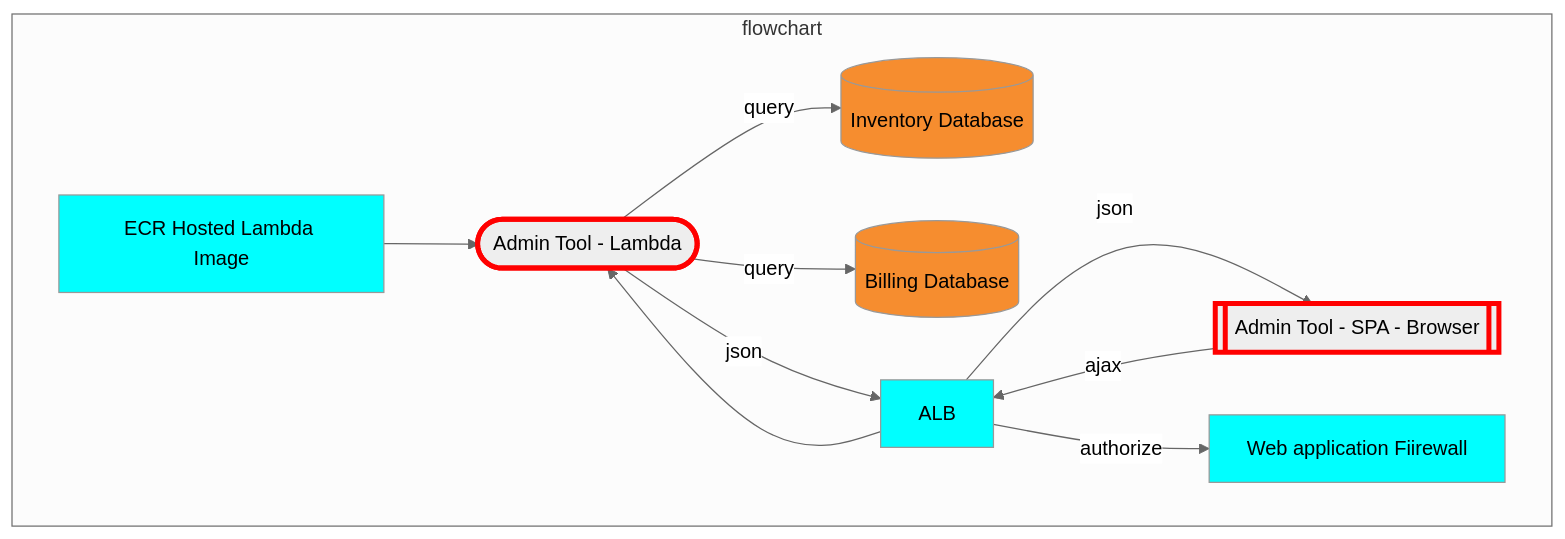
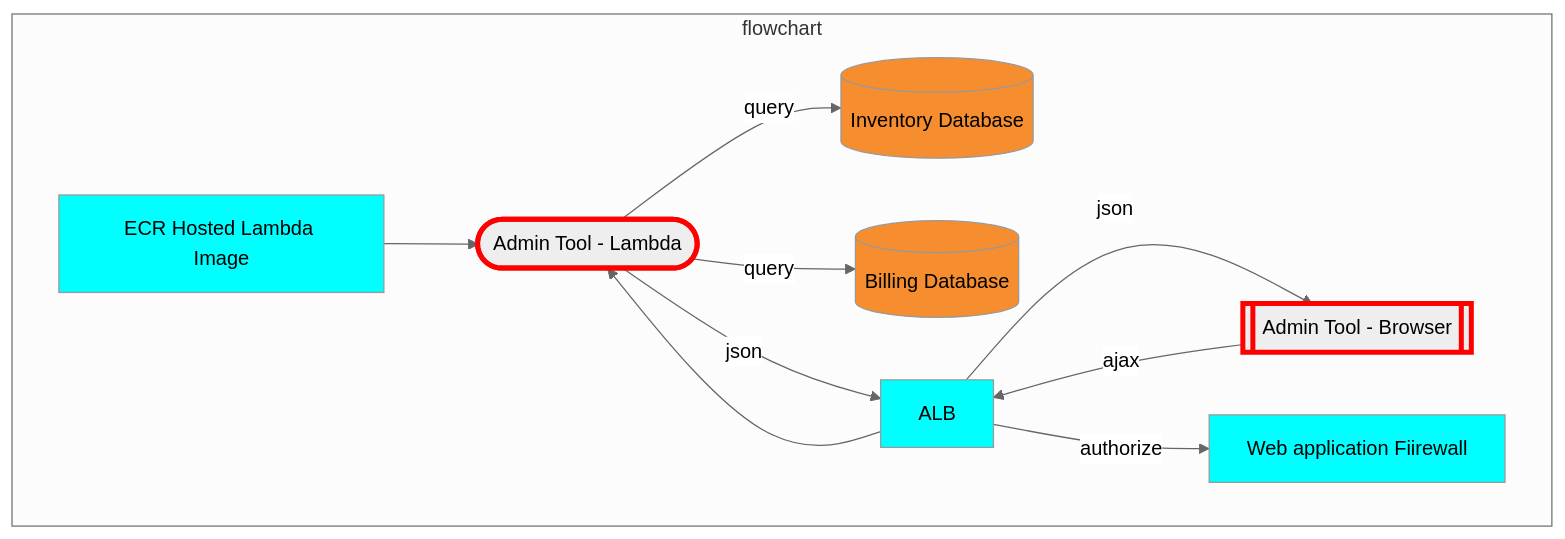
The diagram in diagrams/admin-lambda.mmd (CDLUC3/mrt-doc), drawn with Mermaid before and after one commit. The commit also changed 5 other files, not shown here.

Commit message:
admin tool refactor

```diff
--- a/diagrams/admin-lambda.mmd
+++ b/diagrams/admin-lambda.mmd
@@ -1,29 +1,29 @@
 %%{init: {'theme': 'neutral', 'securityLevel': 'loose'}}%%
 graph TD
   RDSINV[(Inventory Database)]
   RDSBILL[(Billing Database)]
   ADMIN([Admin Tool - Lambda])
   click ADMIN href "https://github.com/CDLUC3/mrt-admin-lambda" "source code"
-  ADMINWEB[[Admin Tool - SPA - Browser]]
+  ADMINWEB[[Admin Tool - Browser]]
   click ADMINWEB href "https://github.com/CDLUC3/mrt-admin-lambda" "source code"
   WAF[Web application Fiirewall]
   ECR[ECR Hosted Lambda Image]
 
   subgraph flowchart
     ADMIN --> |query| RDSBILL
     ADMIN --> |query| RDSINV
     ALB --> ADMIN
     ADMIN --> |json| ALB
     ADMINWEB --> |ajax| ALB
     ALB --> |json| ADMINWEB
     ALB --> |authorize| WAF
     ECR --> ADMIN
   end
 
   style RDSINV fill:#F68D2F
   style RDSBILL fill:#F68D2F
   style ADMIN stroke:red,stroke-width:4px
   style ADMINWEB stroke:red,stroke-width:4px
   style ALB fill:cyan
   style WAF fill:cyan
   style ECR fill:cyan
```
